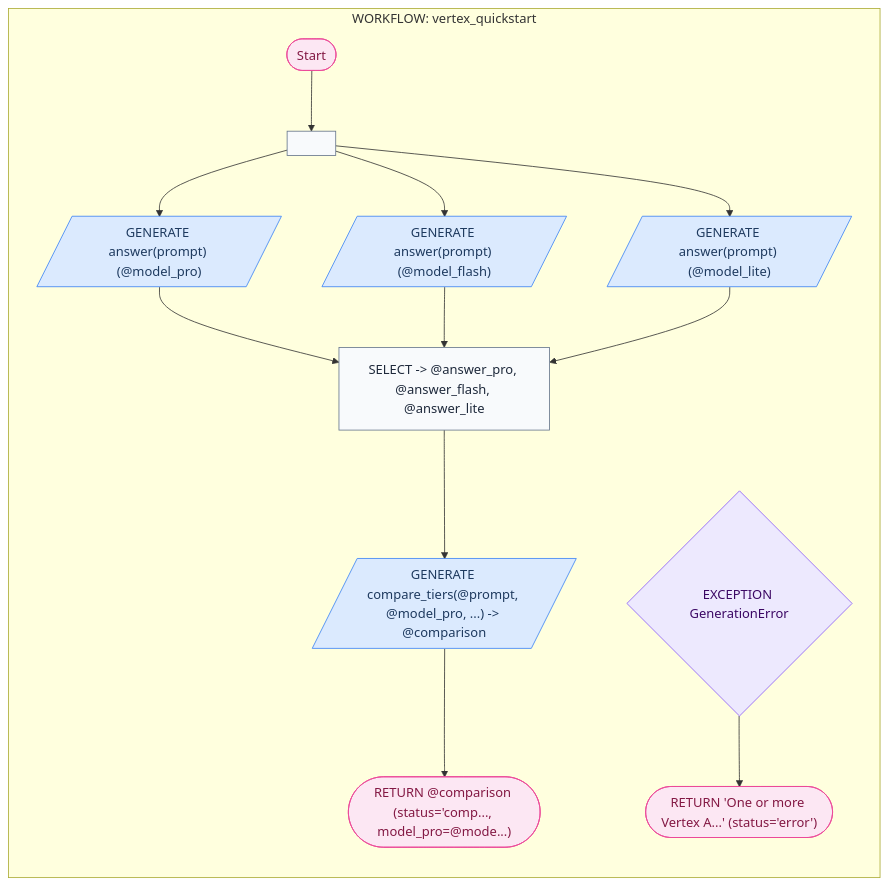
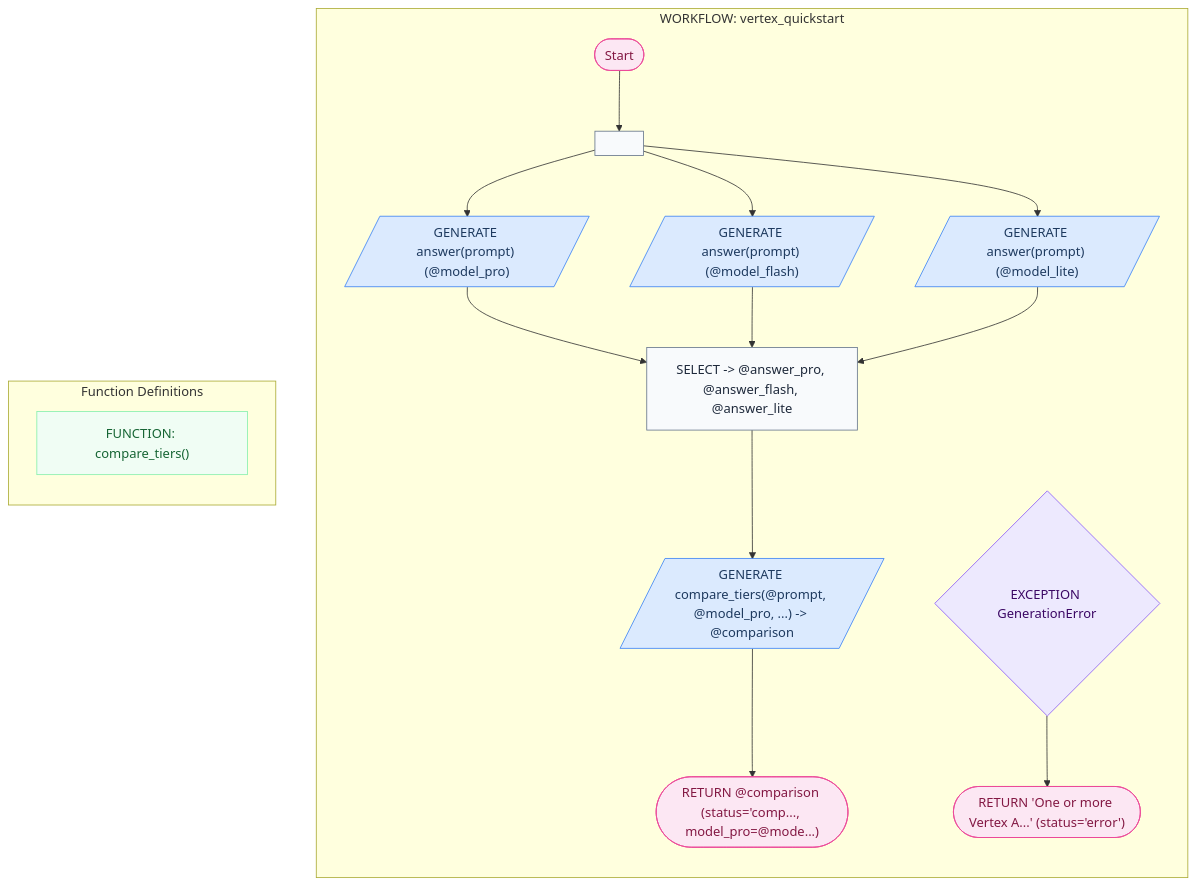
The diagram in cookbook/39_vertex_quickstart/mermaid/vertex_quickstart.md (digital-duck/SPL.py), drawn with Mermaid before and after one commit. The commit also changed 334 other files, not shown here.

````diff
--- a/cookbook/39_vertex_quickstart/mermaid/vertex_quickstart.md
+++ b/cookbook/39_vertex_quickstart/mermaid/vertex_quickstart.md
@@ -7,41 +7,46 @@
 ```mermaid
 flowchart TD
     subgraph SG_vertex_quickstart["WORKFLOW: vertex_quickstart"]
     direction TB
     START1(["Start"])
     FORK2[" "]
     SYNC3["SELECT -> @answer_pro, @answer_flash, @answer_lite"]
     CTE4[/"GENERATE answer(prompt) (@model_pro)"/]
     FORK2 --> CTE4
     CTE4 --> SYNC3
     CTE5[/"GENERATE answer(prompt) (@model_flash)"/]
     FORK2 --> CTE5
     CTE5 --> SYNC3
     CTE6[/"GENERATE answer(prompt) (@model_lite)"/]
     FORK2 --> CTE6
     CTE6 --> SYNC3
     GEN7[/"GENERATE compare_tiers(@prompt, @model_pro, ...) -> @comparison"/]
     SYNC3 --> GEN7
     RET8(["RETURN @comparison (status='comp..., model_pro=@mode...)"])
     GEN7 --> RET8
     START1 --> FORK2
     EXC9{"EXCEPTION GenerationError"}
     RET10(["RETURN 'One or more Vertex A...' (status='error')"])
     EXC9 --> RET10
     end
+    subgraph FUNCTIONS["Function Definitions"]
+    direction TB
+    FN11["FUNCTION: compare_tiers()"]
+    end
     class START1 term
     class FORK2 assign
     class SYNC3 assign
     class CTE4 llm
     class CTE5 llm
     class CTE6 llm
     class GEN7 llm
     class RET8 term
     class EXC9 ctrl
     class RET10 term
+    class FN11 fn
     classDef llm fill:#dbeafe,stroke:#3b82f6,color:#1e3a5f
     classDef ctrl fill:#ede9fe,stroke:#8b5cf6,color:#3b0764
     classDef term fill:#fce7f3,stroke:#ec4899,color:#831843
     classDef fn fill:#f0fdf4,stroke:#86efac,color:#166534
     classDef assign fill:#f8fafc,stroke:#64748b,color:#1e293b
 ```
````
